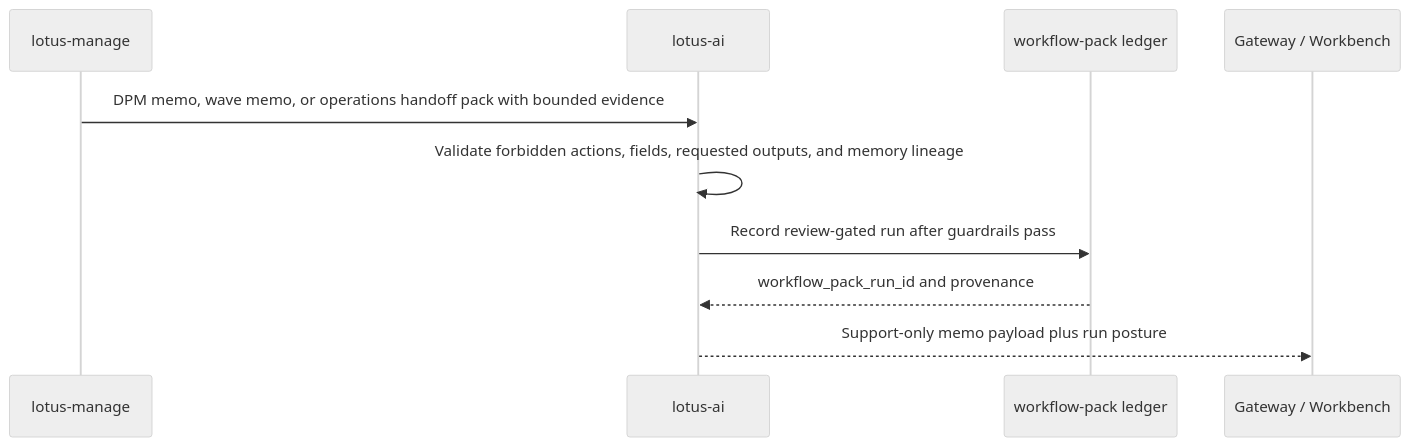
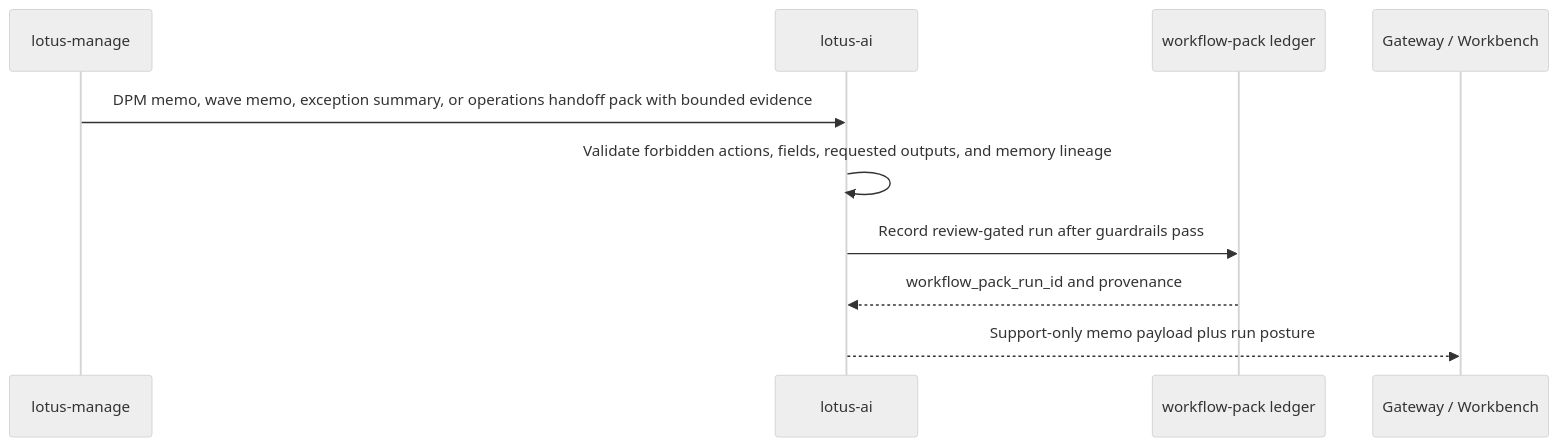
The diagram in wiki/Integrations.md (sgajbi/lotus-ai), drawn with Mermaid (neutral theme) before and after one commit. The commit also changed other lines of this file and 30 other files, not shown here.

Commit message:
Add DPM exception summary workflow pack

````diff
--- a/wiki/Integrations.md
+++ b/wiki/Integrations.md
@@ -230,12 +243,12 @@
 ```mermaid
 sequenceDiagram
     participant Manage as lotus-manage
     participant AI as lotus-ai
     participant Ledger as workflow-pack ledger
     participant UI as Gateway / Workbench
-    Manage->>AI: DPM memo, wave memo, or operations handoff pack with bounded evidence
+    Manage->>AI: DPM memo, wave memo, exception summary, or operations handoff pack with bounded evidence
     AI->>AI: Validate forbidden actions, fields, requested outputs, and memory lineage
     AI->>Ledger: Record review-gated run after guardrails pass
     Ledger-->>AI: workflow_pack_run_id and provenance
     AI-->>UI: Support-only memo payload plus run posture
 ```
````
